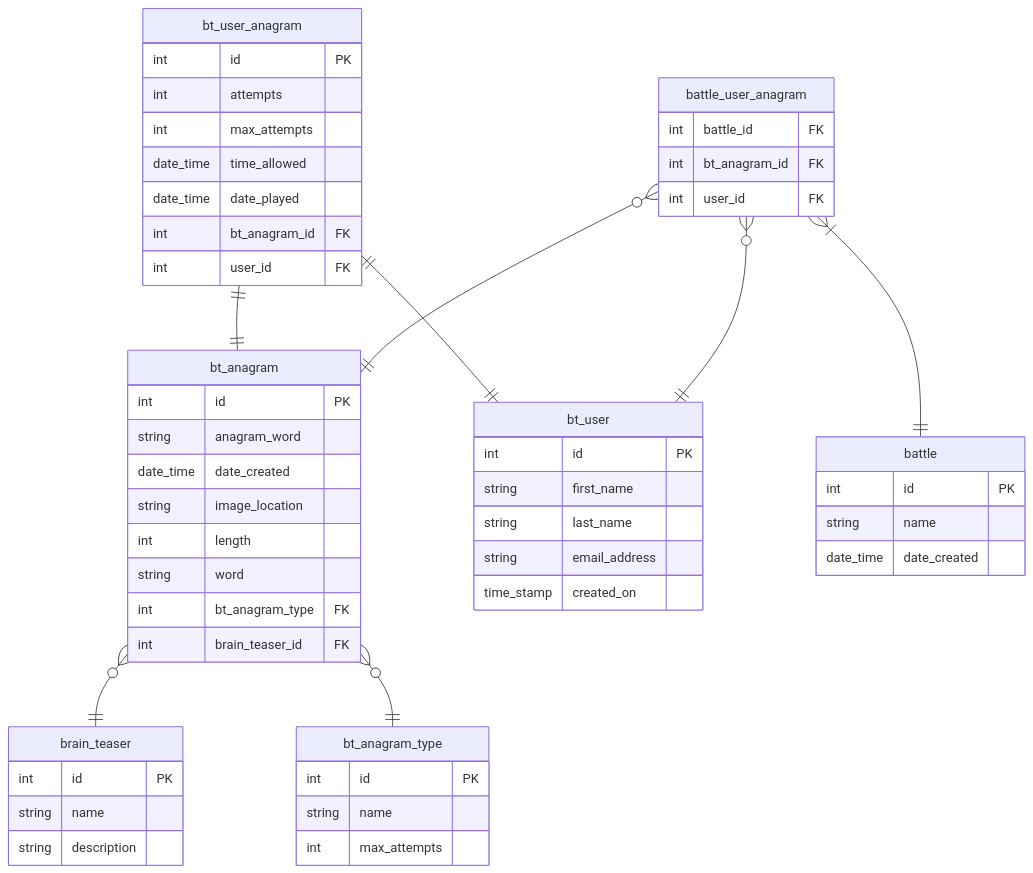
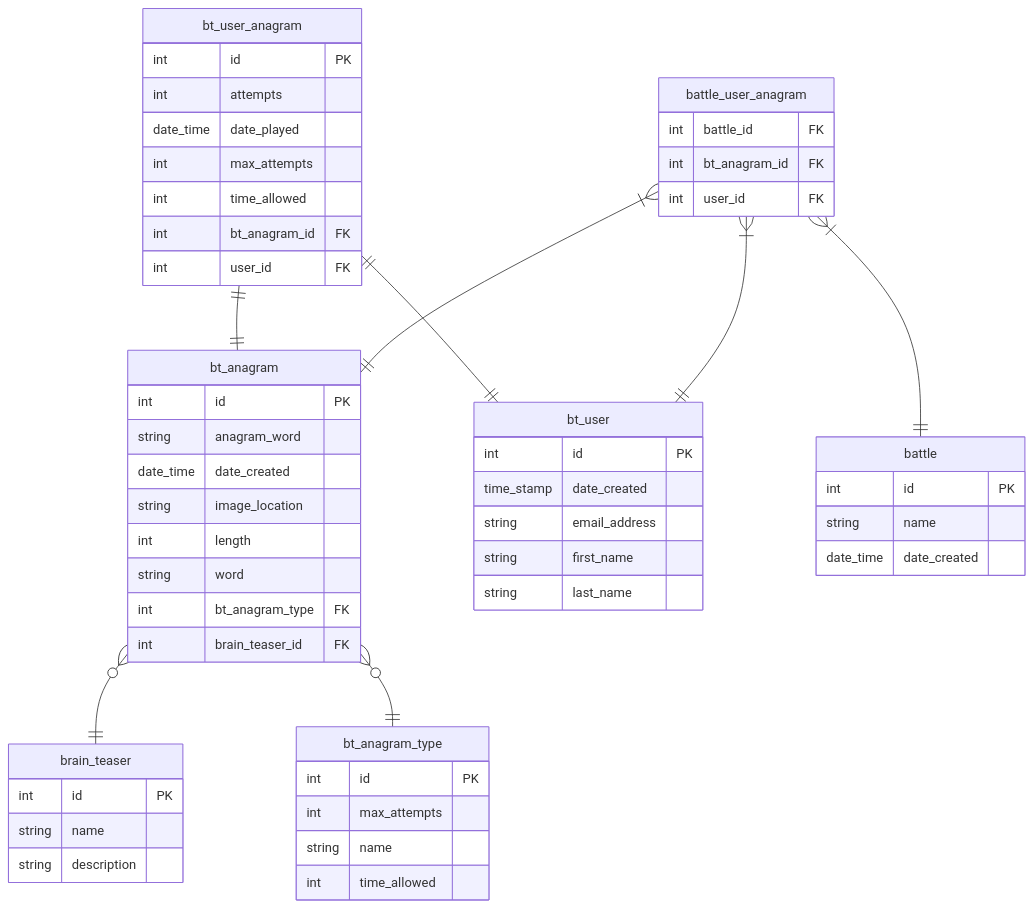
Before and after one commit to seanjamescurrie/bananagrams: the third of 3 diagrams in README.md, drawn with Mermaid.

Commit message:
update table relationships ERD

````diff
--- a/README.md
+++ b/README.md
@@ -149,67 +149,68 @@
 ```mermaid
 erDiagram
 
   bt_anagram }o--|| brain_teaser : ""  
   bt_anagram }o--|| bt_anagram_type : ""
   bt_user_anagram ||--|| bt_user : ""
   bt_user_anagram ||--|| bt_anagram : ""
   battle_user_anagram }|--|| battle : ""
-  battle_user_anagram }o--|| bt_anagram : ""
-  battle_user_anagram }o--|| bt_user : ""
+  battle_user_anagram }|--|| bt_anagram : ""
+  battle_user_anagram }|--|| bt_user : ""
   
   brain_teaser {
     int id PK
     string name
     string description
   }
   
   bt_anagram {
     int id PK
     string anagram_word
     date_time date_created
     string image_location
     int length
     string word
     int bt_anagram_type FK
     int brain_teaser_id FK
   }
   
   bt_anagram_type {
     int id PK
+    int max_attempts
     string name
-    int max_attempts
+    int time_allowed
   }
   
   bt_user_anagram {
     int id PK
     int attempts
+    date_time date_played
     int max_attempts
-    date_time time_allowed
-    date_time date_played
+    int time_allowed
     int bt_anagram_id FK
     int user_id FK
   }
   
   battle {
     int id PK
     string name
     date_time date_created
   }
   
   bt_user {
     int id PK
+    time_stamp date_created
+    string email_address
     string first_name
     string last_name
-    string email_address
-    time_stamp created_on
   }
   
   battle_user_anagram {
     int battle_id FK
     int bt_anagram_id FK
     int user_id FK
   }
   
   
 
 ```
````
